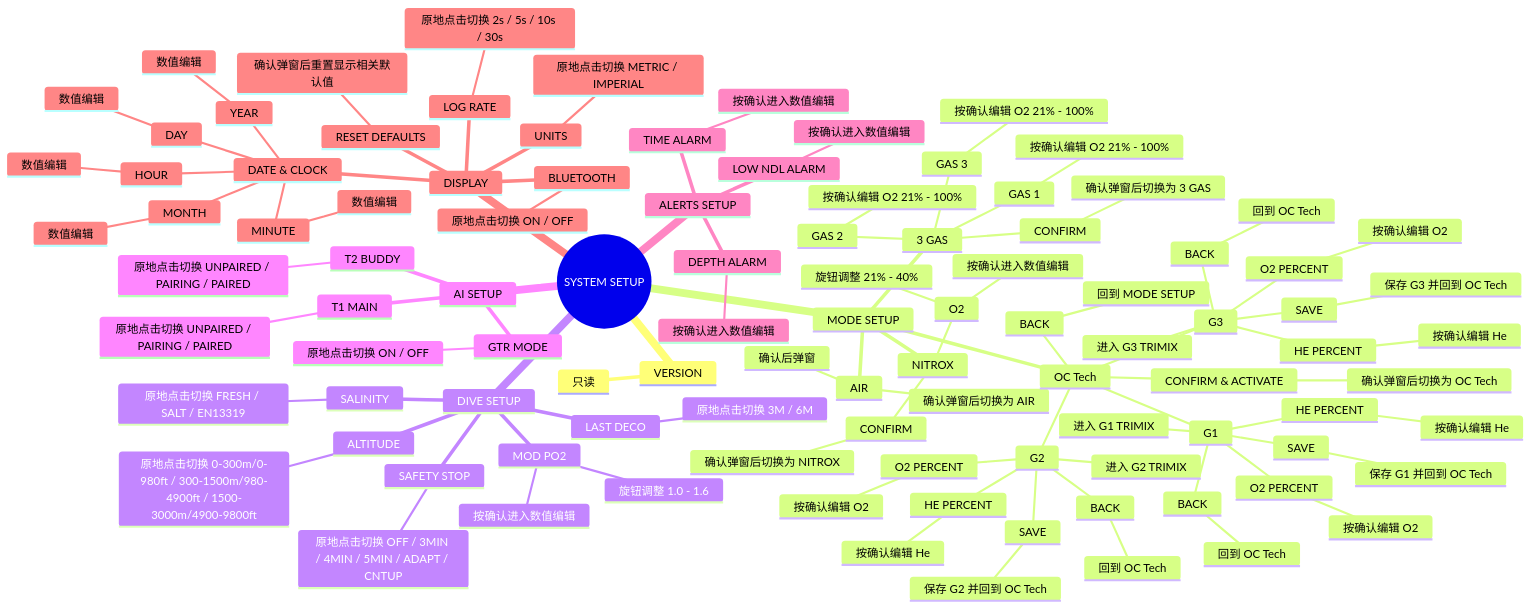
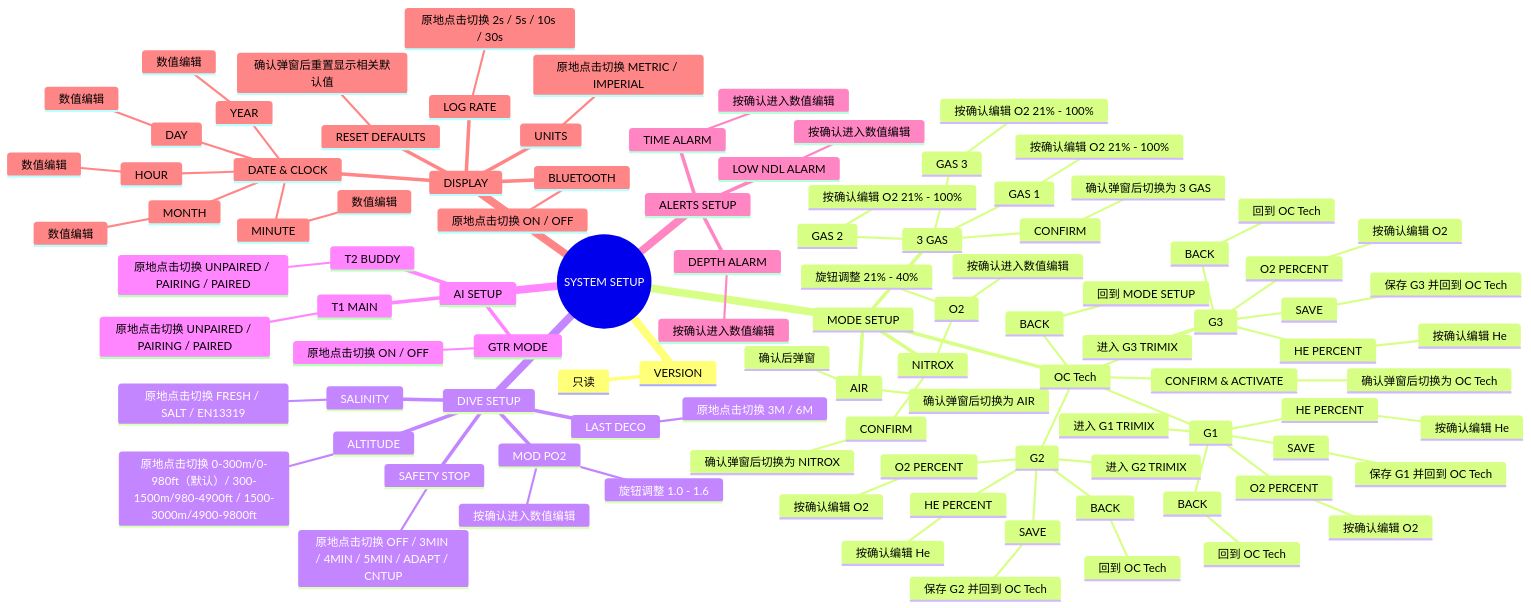
One commit to arexvision/lv_port_win_codeblocks-release-v8.3_hasGroup changed the fifth of 7 diagrams in UI_html_DOC/UI输入输出状态逻辑.md. Above: the diagram before and after it, drawn with Mermaid. The commit also changed other lines of this file and 6 other files, not shown here.

```diff
--- a/UI_html_DOC/UI输入输出状态逻辑.md
+++ b/UI_html_DOC/UI输入输出状态逻辑.md
@@ -262,7 +262,7 @@
       LAST DECO
         原地点击切换 3M / 6M
       ALTITUDE
-        原地点击切换 0-300m/0-980ft / 300-1500m/980-4900ft / 1500-3000m/4900-9800ft
+        原地点击切换 0-300m/0-980ft（默认）/ 300-1500m/980-4900ft / 1500-3000m/4900-9800ft
     AI SETUP
       T1 MAIN
         原地点击切换 UNPAIRED / PAIRING / PAIRED
```
